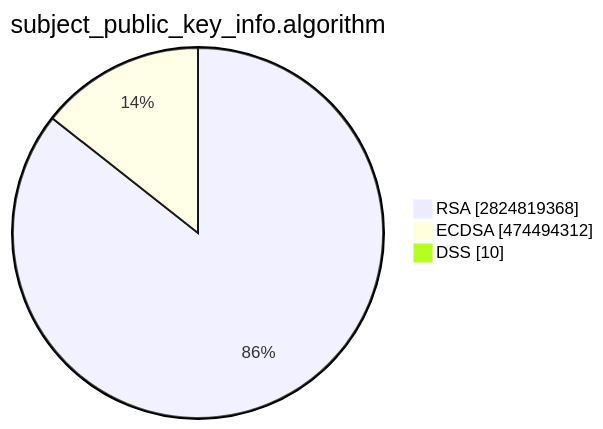
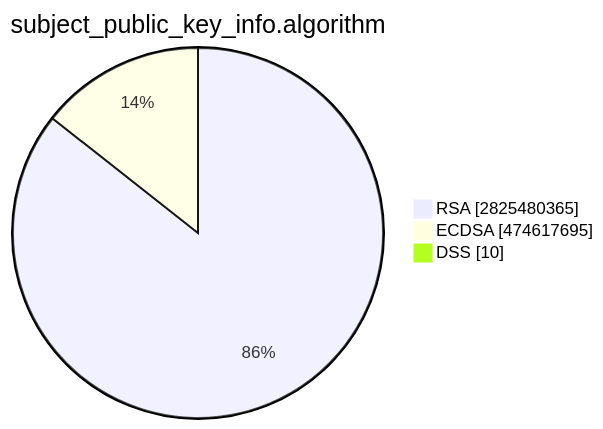
One commit to christiankrug/ctmonitor_visualization changed the second of 15 diagrams in TOTAL/README.md. Above: the diagram before and after it, drawn with Mermaid. The commit also changed other lines of this file, not shown here.

````diff
--- a/TOTAL/README.md
+++ b/TOTAL/README.md
@@ -6,7 +6,7 @@
 ```mermaid
 pie showData
 title subject_public_key_info.algorithm
-"RSA" :2824819368
-"ECDSA" :474494312
+"RSA" :2825480365
+"ECDSA" :474617695
 "DSS" :10
 ```
````
